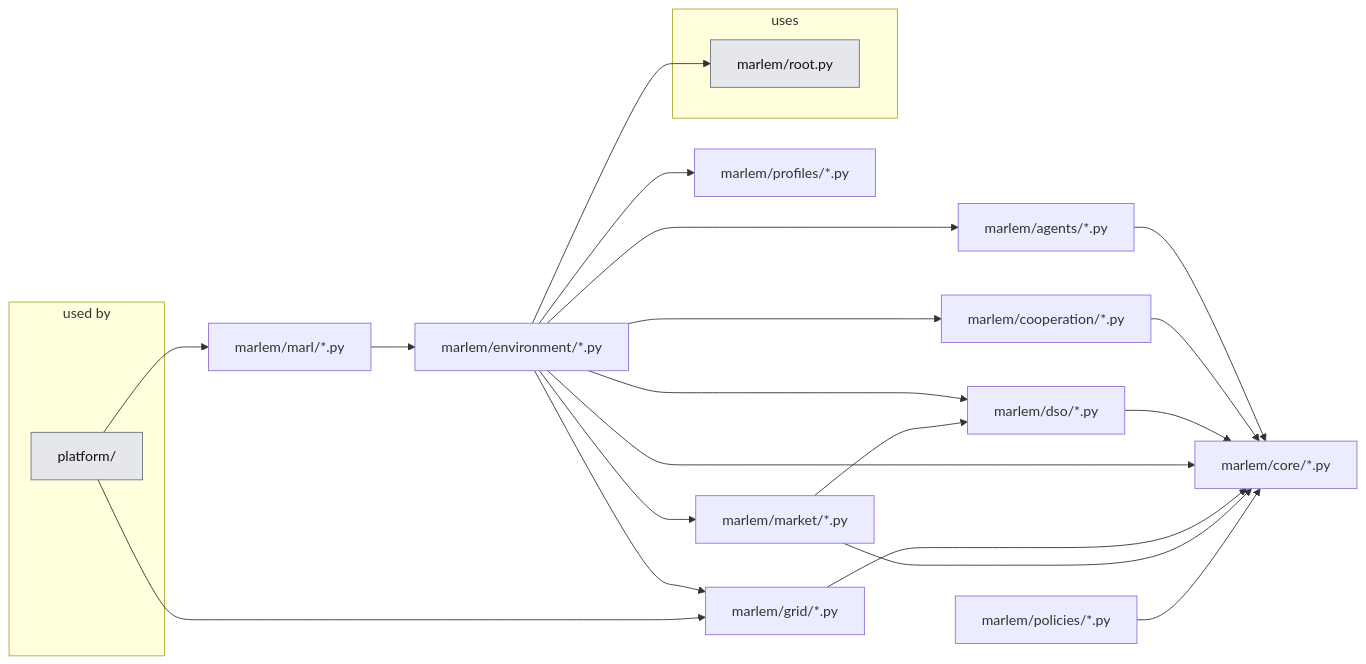
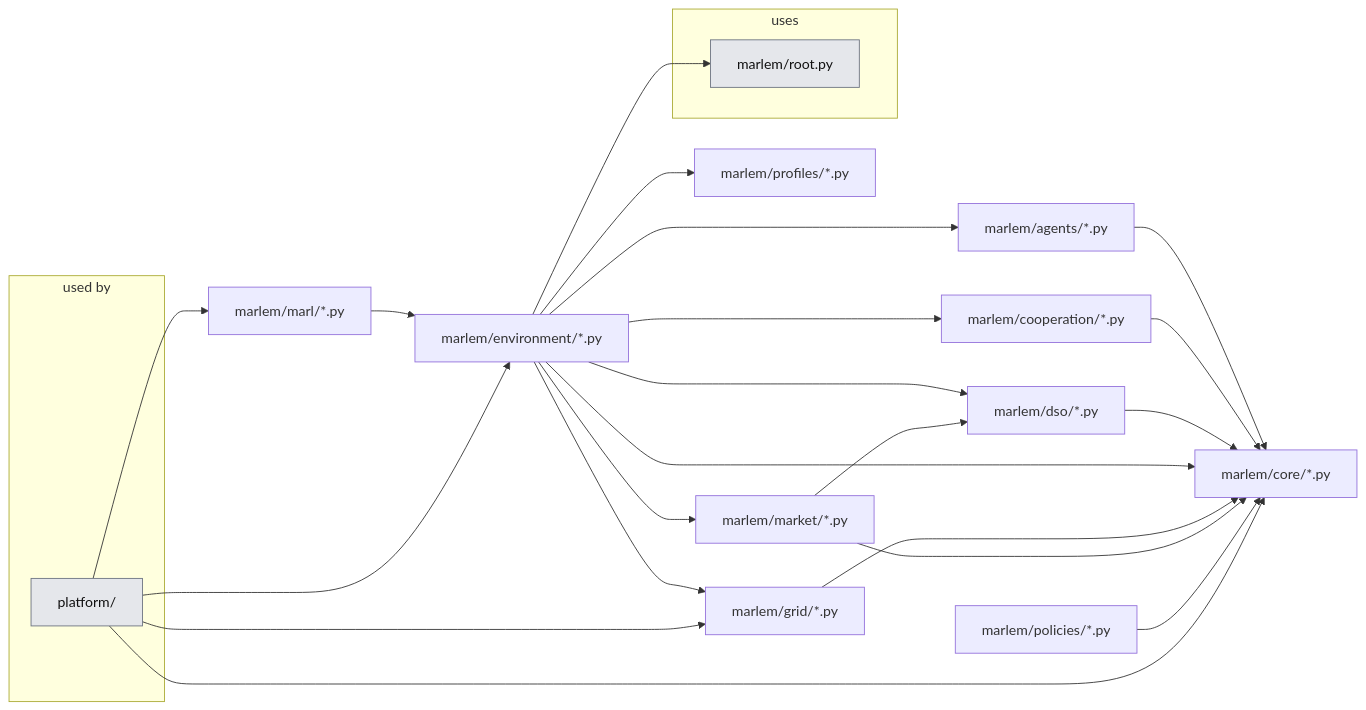
One commit to KevinRapo/P2P-thesis changed the third of 3 diagrams in docs_thesis/thesis/architecture/README.md. Above: the diagram before and after it, drawn with Mermaid. The commit also changed 11 other files, not shown here.

````diff
--- a/docs_thesis/thesis/architecture/README.md
+++ b/docs_thesis/thesis/architecture/README.md
@@ -149,38 +149,40 @@
 ```mermaid
 flowchart LR
   subgraph USERS["used by"]
     n_platform__users_["platform/"]:::ext
   end
   n_marlem_agents__["marlem/agents/*.py"]
   n_marlem_cooperation__["marlem/cooperation/*.py"]
   n_marlem_core__["marlem/core/*.py"]
   n_marlem_dso__["marlem/dso/*.py"]
   n_marlem_environment__["marlem/environment/*.py"]
   n_marlem_grid__["marlem/grid/*.py"]
   n_marlem_market__["marlem/market/*.py"]
   n_marlem_marl__["marlem/marl/*.py"]
   n_marlem_policies__["marlem/policies/*.py"]
   n_marlem_profiles__["marlem/profiles/*.py"]
   subgraph USES["uses"]
     n_marlem_root["marlem/root.py"]:::ext
   end
   n_marlem_agents__ --> n_marlem_core__
   n_marlem_cooperation__ --> n_marlem_core__
   n_marlem_dso__ --> n_marlem_core__
   n_marlem_environment__ --> n_marlem_agents__
   n_marlem_environment__ --> n_marlem_cooperation__
   n_marlem_environment__ --> n_marlem_core__
   n_marlem_environment__ --> n_marlem_dso__
   n_marlem_environment__ --> n_marlem_grid__
   n_marlem_environment__ --> n_marlem_market__
   n_marlem_environment__ --> n_marlem_profiles__
   n_marlem_environment__ --> n_marlem_root
   n_marlem_grid__ --> n_marlem_core__
   n_marlem_market__ --> n_marlem_core__
   n_marlem_market__ --> n_marlem_dso__
   n_marlem_marl__ --> n_marlem_environment__
   n_marlem_policies__ --> n_marlem_core__
+  n_platform__users_ --> n_marlem_core__
+  n_platform__users_ --> n_marlem_environment__
   n_platform__users_ --> n_marlem_grid__
   n_platform__users_ --> n_marlem_marl__
   classDef ext fill:#e5e7eb,stroke:#6b7280,color:#111
 ```
````
